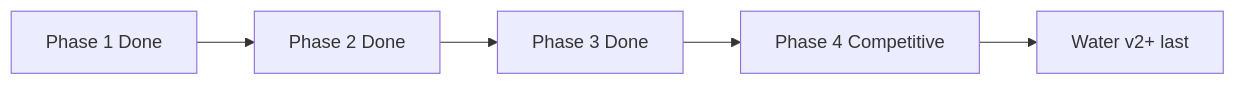
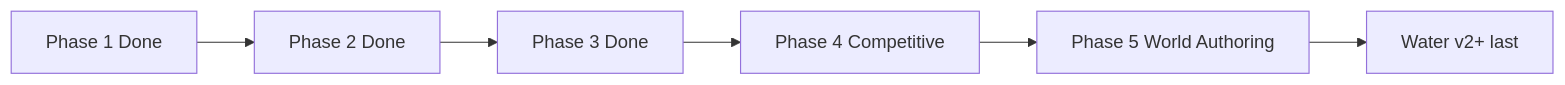
The diagram in docs/ROADMAP.md (ReinhardBehrens/shiloh3d), drawn with Mermaid before and after one commit. The commit also changed other lines of this file and 113 other files, not shown here.

````diff
--- a/docs/ROADMAP.md
+++ b/docs/ROADMAP.md
@@ -116,7 +142,8 @@
 ```mermaid
 flowchart LR
   P1[Phase 1 Done] --> P2[Phase 2 Done]
   P2 --> P3[Phase 3 Done]
   P3 --> P4[Phase 4 Competitive]
-  P4 --> W2[Water v2+ last]
+  P4 --> P5[Phase 5 World Authoring]
+  P5 --> W2[Water v2+ last]
 ```
````
